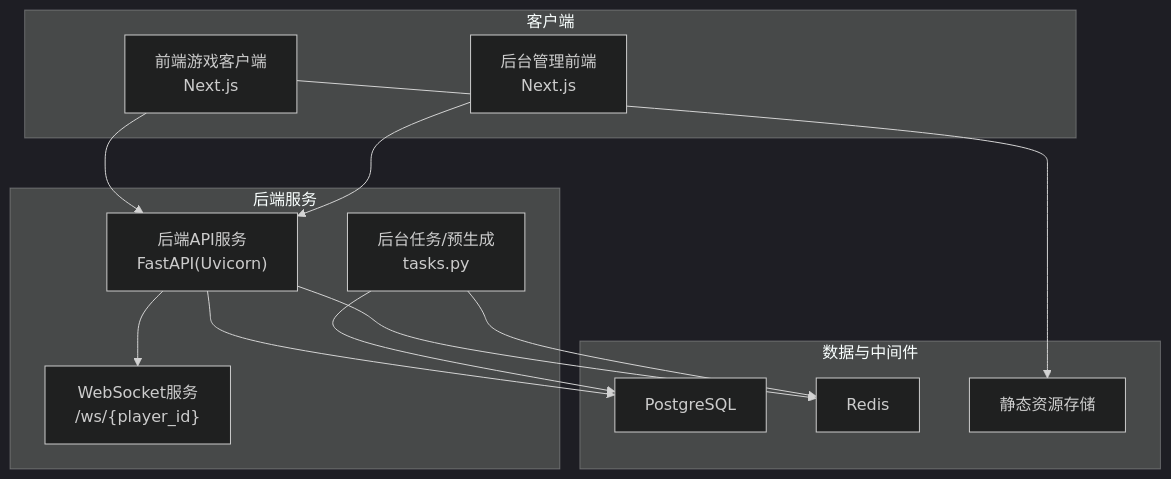
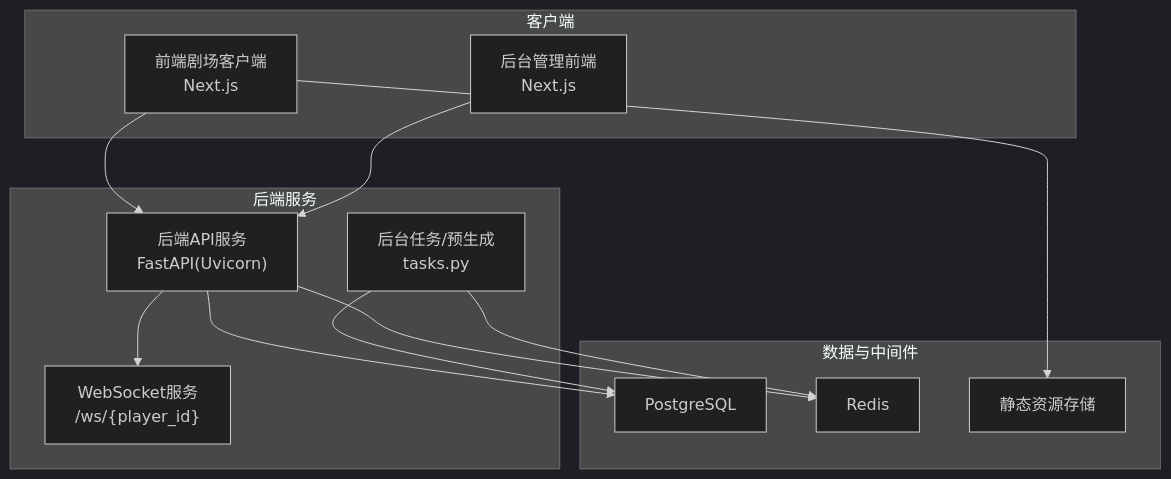
One commit to KunLabAI/KunFlix changed the first of 5 diagrams in .qoder/repowiki/zh/content/系统架构/部署拓扑.md. Above: the diagram before and after it, drawn with Mermaid (dark theme). The commit also changed other lines of this file and 112 other files, not shown here.

````diff
--- a/.qoder/repowiki/zh/content/系统架构/部署拓扑.md
+++ b/.qoder/repowiki/zh/content/系统架构/部署拓扑.md
@@ -43,25 +43,25 @@
 ```mermaid
 graph TB
 subgraph "客户端"
-FE["前端游戏客户端<br/>Next.js"]
+FE["前端剧场客户端<br/>Next.js"]
 ADM["后台管理前端<br/>Next.js"]
 end
 subgraph "后端服务"
 API["后端API服务<br/>FastAPI(Uvicorn)"]
 WS["WebSocket服务<br/>/ws/{player_id}"]
 BG["后台任务/预生成<br/>tasks.py"]
 end
 subgraph "数据与中间件"
 PG["PostgreSQL"]
 RD["Redis"]
 FS["静态资源存储"]
 end
 FE --> API
 ADM --> API
 API --> PG
 API --> RD
 API --> WS
 BG --> RD
 BG --> PG
 FE --> FS
 ```
````
